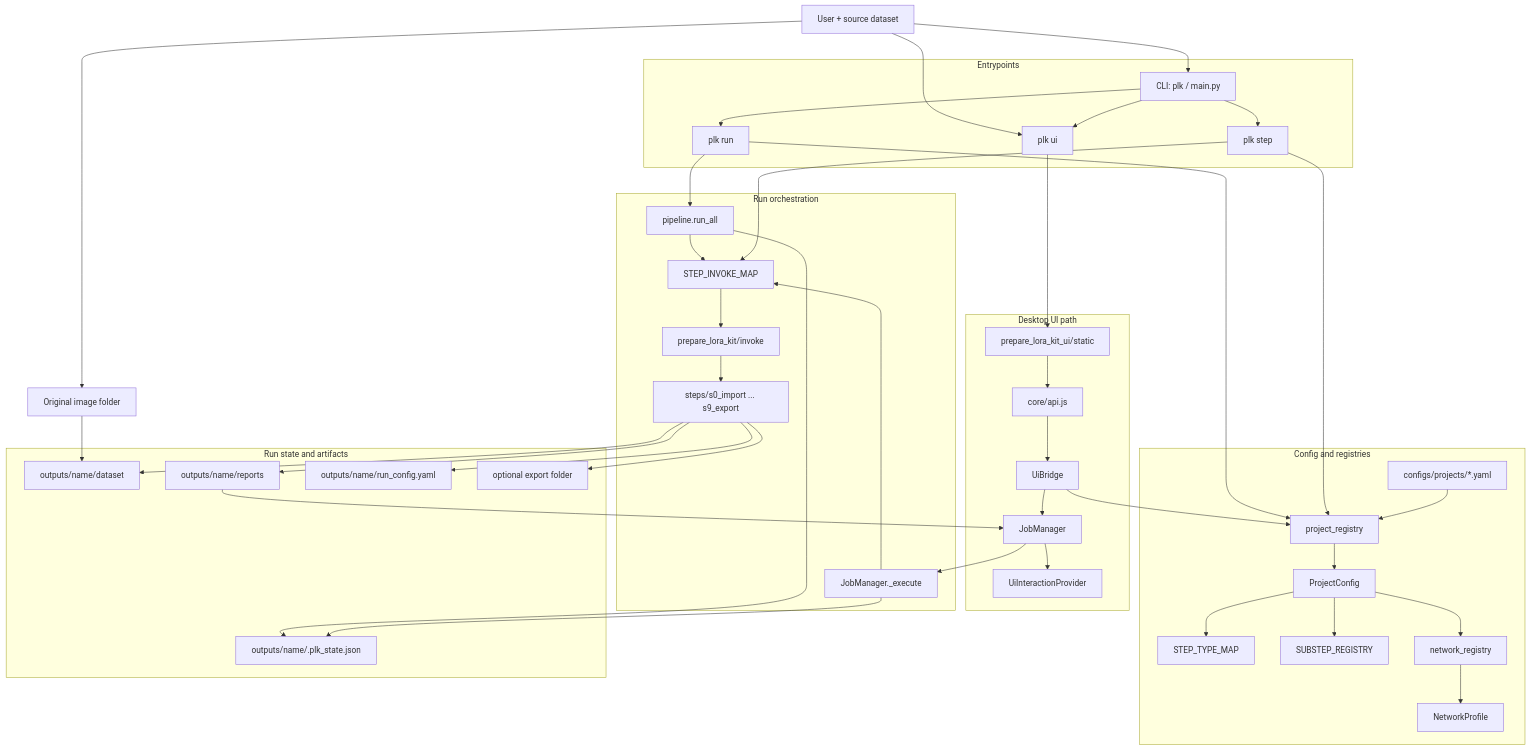
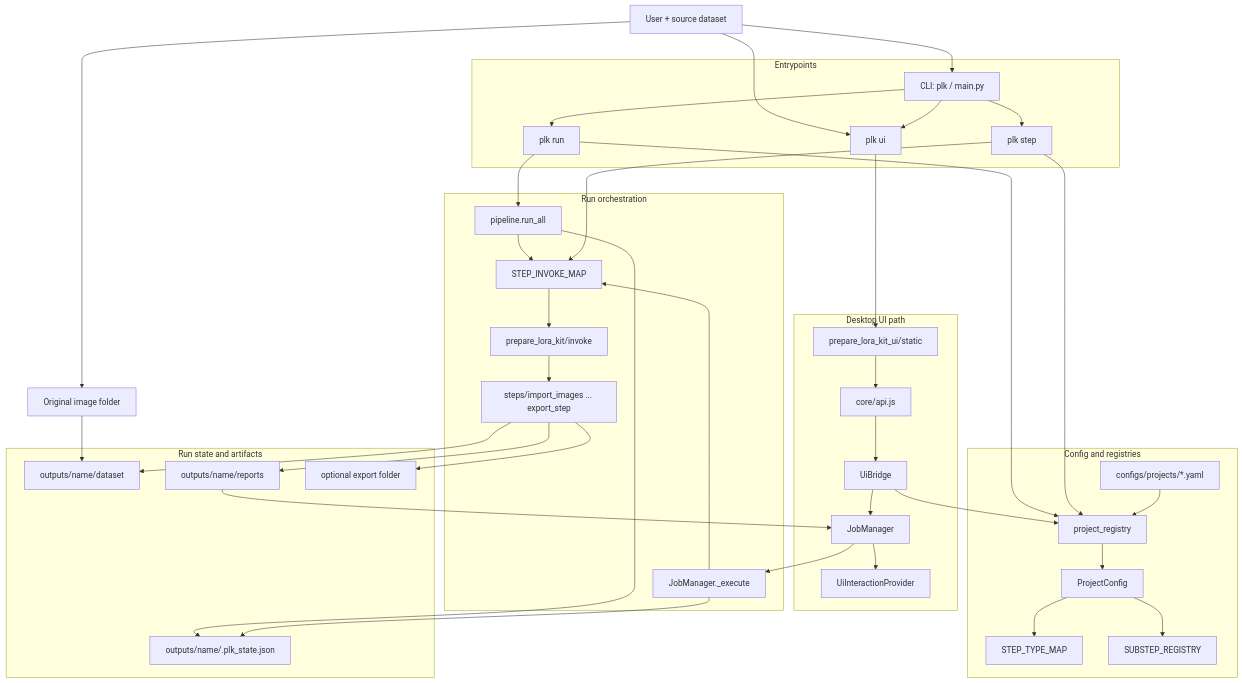
One commit to inflamously/PrepareLoraKit changed the first of 2 diagrams in docs/project-graph.md. Above: the diagram before and after it, drawn with Mermaid. The commit also changed other lines of this file and 203 other files, not shown here.

````diff
--- a/docs/project-graph.md
+++ b/docs/project-graph.md
@@ -32,8 +32,6 @@
     project_config[ProjectConfig]
     step_type_map[STEP_TYPE_MAP]
     substeps[SUBSTEP_REGISTRY]
-    network_registry[network_registry]
-    network_profile[NetworkProfile]
   end
 
   subgraph Run["Run orchestration"]
@@ -41,14 +39,13 @@
     ui_execute[JobManager._execute]
     invoke_map[STEP_INVOKE_MAP]
     invoke_adapters[prepare_lora_kit/invoke]
-    steps[steps/s0_import ... s9_export]
+    steps[steps/import_images ... export_step]
   end
 
   subgraph Output["Run state and artifacts"]
     working[outputs/name/dataset]
     reports[outputs/name/reports]
     state_file[outputs/name/.plk_state.json]
-    train_config[outputs/name/run_config.yaml]
     export_dir[optional export folder]
   end
 
@@ -72,8 +69,6 @@
   project_registry --> project_config
   project_config --> step_type_map
   project_config --> substeps
-  project_config --> network_registry
-  network_registry --> network_profile
 
   run_cmd --> pipeline
   pipeline --> invoke_map
@@ -86,7 +81,6 @@
   steps --> reports
   pipeline --> state_file
   ui_execute --> state_file
-  steps --> train_config
   steps --> export_dir
   reports --> jobs
 ```
````
